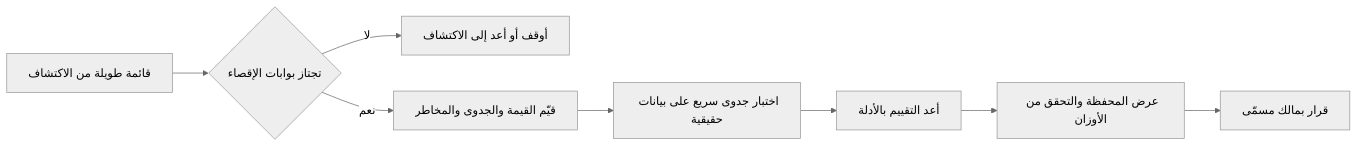
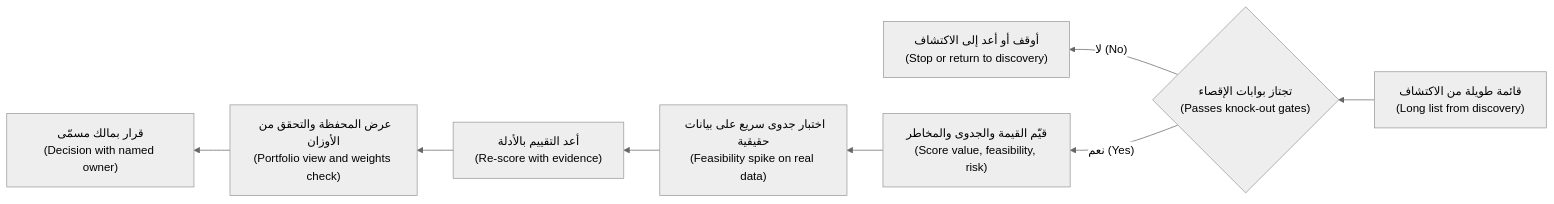
Before and after one commit to Tamoura/system-design-for-vibe-coders: the second of 3 diagrams in aipm/modules/02-discovery.ar.md, drawn with Mermaid (neutral theme). The commit also changed other lines of this file and 9 other files, not shown here.

First line of the commit message:
AI PM course (AR): right-to-left diagrams with English labels

````diff
--- a/aipm/modules/02-discovery.ar.md
+++ b/aipm/modules/02-discovery.ar.md
@@ -304,10 +304,10 @@
 ```mermaid
-flowchart LR
-    A["قائمة طويلة من الاكتشاف"] --> B{"تجتاز بوابات الإقصاء"}
-    B -- "لا" --> C["أوقف أو أعد إلى الاكتشاف"]
-    B -- "نعم" --> D["قيّم القيمة والجدوى والمخاطر"]
-    D --> E["اختبار جدوى سريع على بيانات حقيقية"]
-    E --> F["أعد التقييم بالأدلة"]
-    F --> G["عرض المحفظة والتحقق من الأوزان"]
-    G --> H["قرار بمالك مسمّى"]
+flowchart RL
+    A["قائمة طويلة من الاكتشاف<br/>(Long list from discovery)"] --> B{"تجتاز بوابات الإقصاء<br/>(Passes knock-out gates)"}
+    B -- "لا (No)" --> C["أوقف أو أعد إلى الاكتشاف<br/>(Stop or return to discovery)"]
+    B -- "نعم (Yes)" --> D["قيّم القيمة والجدوى والمخاطر<br/>(Score value, feasibility, risk)"]
+    D --> E["اختبار جدوى سريع على بيانات حقيقية<br/>(Feasibility spike on real data)"]
+    E --> F["أعد التقييم بالأدلة<br/>(Re-score with evidence)"]
+    F --> G["عرض المحفظة والتحقق من الأوزان<br/>(Portfolio view and weights check)"]
+    G --> H["قرار بمالك مسمّى<br/>(Decision with named owner)"]
 ```
````
